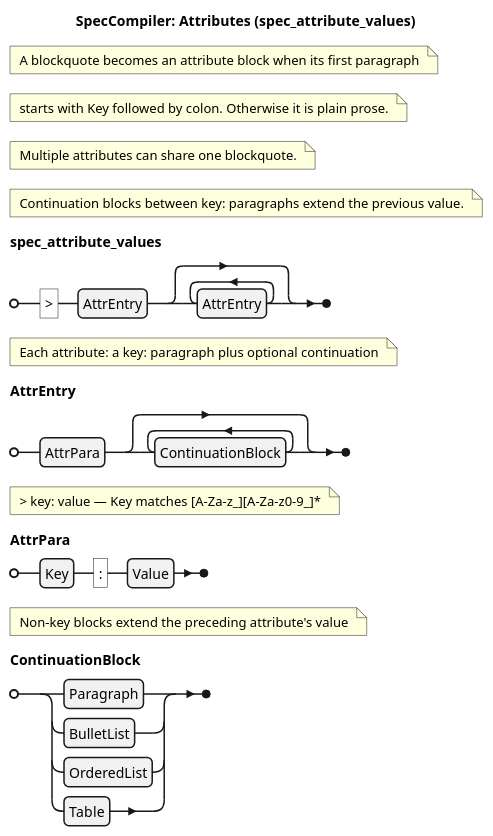
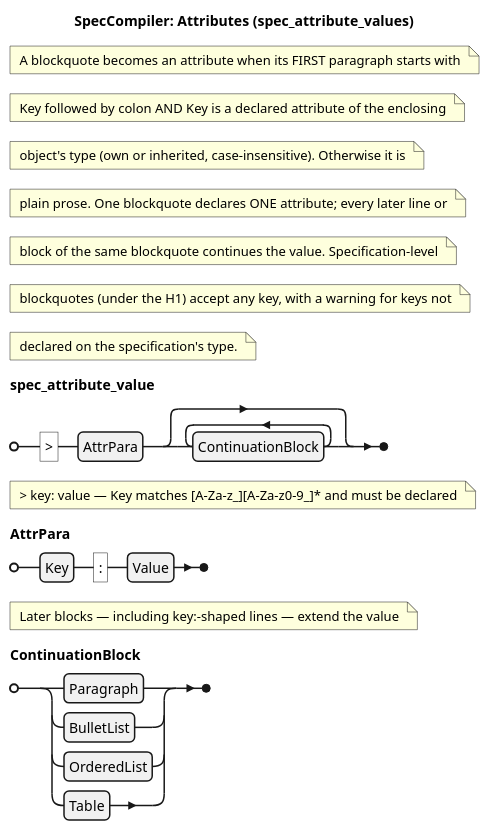
The diagram in docs/engineering_docs/grammar/railroad/attributes.puml (SpecIR/SpecCompiler), drawn with PlantUML before and after one commit. The commit also changed 50 other files, not shown here.

```diff
--- a/docs/engineering_docs/grammar/railroad/attributes.puml
+++ b/docs/engineering_docs/grammar/railroad/attributes.puml
@@ -1,19 +1,19 @@
 @startebnf
 title SpecCompiler: Attributes (spec_attribute_values)
-(* A blockquote becomes an attribute block when its first paragraph *)
-(* starts with Key followed by colon. Otherwise it is plain prose. *)
-(* Multiple attributes can share one blockquote. *)
-(* Continuation blocks between key: paragraphs extend the previous value. *)
+(* A blockquote becomes an attribute when its FIRST paragraph starts with *)
+(* Key followed by colon AND Key is a declared attribute of the enclosing *)
+(* object's type (own or inherited, case-insensitive). Otherwise it is *)
+(* plain prose. One blockquote declares ONE attribute; every later line or *)
+(* block of the same blockquote continues the value. Specification-level *)
+(* blockquotes (under the H1) accept any key, with a warning for keys not *)
+(* declared on the specification's type. *)
 
-spec_attribute_values = ">", AttrEntry, { AttrEntry };
+spec_attribute_value = ">", AttrPara, { ContinuationBlock };
 
-(* Each attribute: a key: paragraph plus optional continuation *)
-AttrEntry = AttrPara, { ContinuationBlock };
-
-(* > key: value — Key matches [A-Za-z_][A-Za-z0-9_]* *)
+(* > key: value — Key matches [A-Za-z_][A-Za-z0-9_]* and must be declared *)
 AttrPara = Key, ":", Value;
 
-(* Non-key blocks extend the preceding attribute's value *)
+(* Later blocks — including key:-shaped lines — extend the value *)
 ContinuationBlock = Paragraph | BulletList | OrderedList | Table;
 
 @endebnf
```
